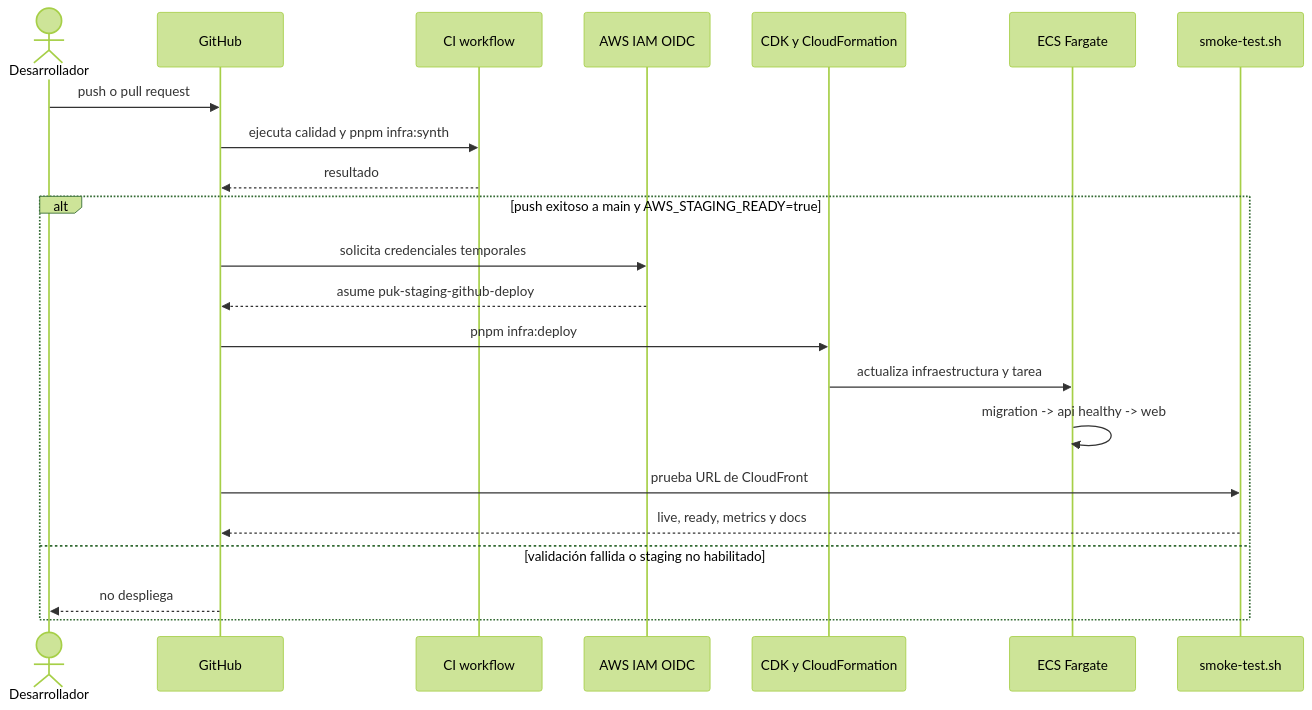
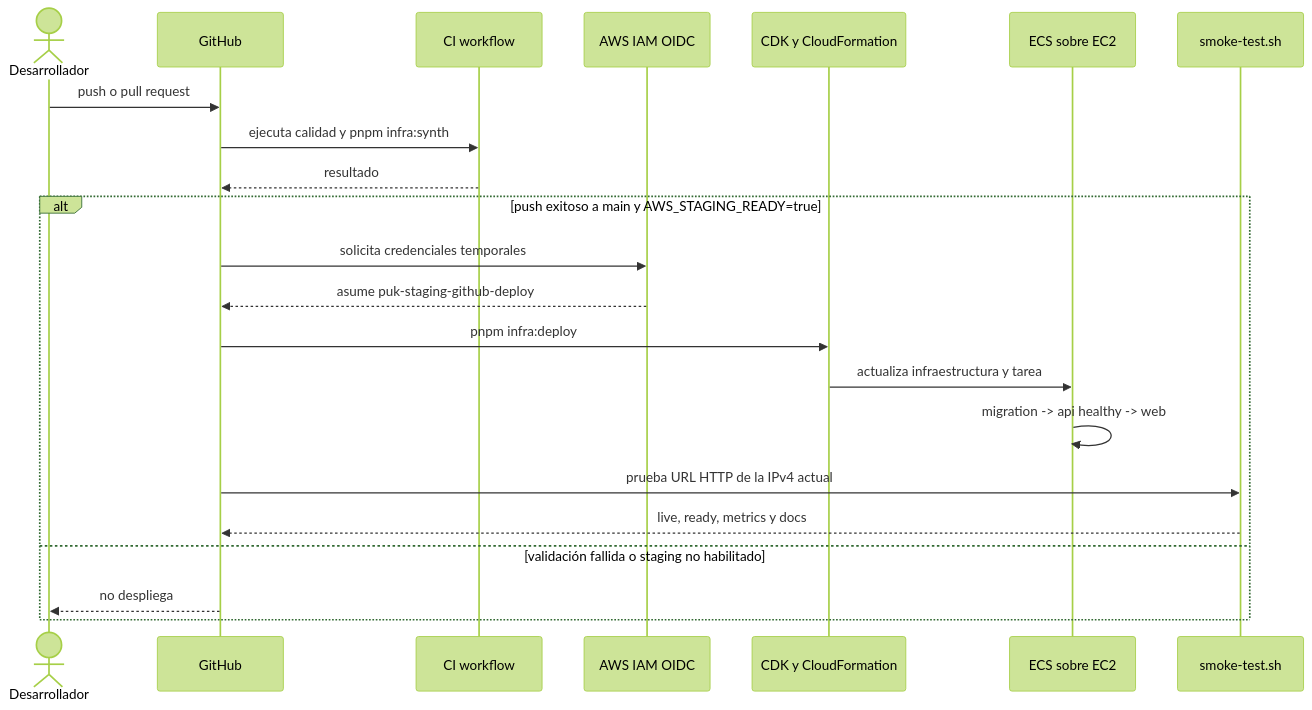
Before and after one commit to luistorres-idt/puk: the fourth of 5 diagrams in docs/technical/infrastructure-and-operations.md, drawn with Mermaid (forest theme). The commit also changed other lines of this file and 11 other files, not shown here.

````diff
--- a/docs/technical/infrastructure-and-operations.md
+++ b/docs/technical/infrastructure-and-operations.md
@@ -217,25 +197,25 @@
 ```mermaid
 sequenceDiagram
     actor Dev as Desarrollador
     participant GH as GitHub
     participant CI as CI workflow
     participant OIDC as AWS IAM OIDC
     participant CDK as CDK y CloudFormation
-    participant ECS as ECS Fargate
+    participant ECS as ECS sobre EC2
     participant Smoke as smoke-test.sh
 
     Dev->>GH: push o pull request
     GH->>CI: ejecuta calidad y pnpm infra:synth
     CI-->>GH: resultado
     alt push exitoso a main y AWS_STAGING_READY=true
         GH->>OIDC: solicita credenciales temporales
         OIDC-->>GH: asume puk-staging-github-deploy
         GH->>CDK: pnpm infra:deploy
         CDK->>ECS: actualiza infraestructura y tarea
         ECS->>ECS: migration -> api healthy -> web
-        GH->>Smoke: prueba URL de CloudFront
+        GH->>Smoke: prueba URL HTTP de la IPv4 actual
         Smoke-->>GH: live, ready, metrics y docs
     else validación fallida o staging no habilitado
         GH-->>Dev: no despliega
     end
 ```
````
